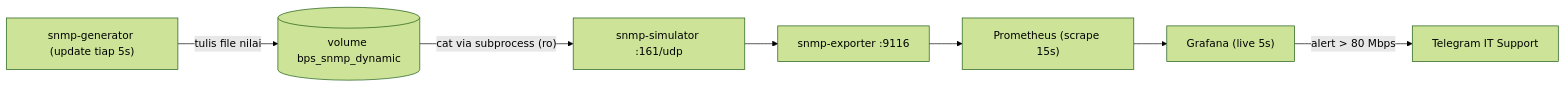
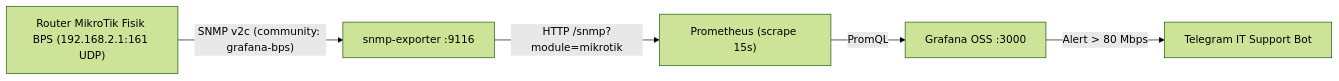
The diagram in PROGRESS.md (Arieffirms/network-monitoring), drawn with Mermaid (forest theme) before and after one commit. The commit also changed other lines of this file and 9 other files, not shown here.

Commit message:
chore: remove dummy-snmp simulator and finalize pure production monitoring for MikroTik RB5009

````diff
--- a/PROGRESS.md
+++ b/PROGRESS.md
@@ -44,9 +28,7 @@
 ```mermaid
 flowchart LR
-    GEN["snmp-generator (update tiap 5s)"] -->|"tulis file nilai"| VOL[("volume bps_snmp_dynamic")]
-    VOL -->|"cat via subprocess (ro)"| SIM["snmp-simulator :161/udp"]
-    SIM --> EXP["snmp-exporter :9116"]
-    EXP --> PROM["Prometheus (scrape 15s)"]
-    PROM --> GRAF["Grafana (live 5s)"]
-    GRAF -->|"alert > 80 Mbps"| TG["Telegram IT Support"]
+    ROUTER["Router MikroTik Fisik BPS (192.168.2.1:161 UDP)"] -->|"SNMP v2c (community: grafana-bps)"| EXP["snmp-exporter :9116"]
+    EXP -->|"HTTP /snmp?module=mikrotik"| PROM["Prometheus (scrape 15s)"]
+    PROM -->|"PromQL"| GRAF["Grafana OSS :3000"]
+    GRAF -->|"Alert > 80 Mbps"| TG["Telegram IT Support Bot"]
 ```
````
